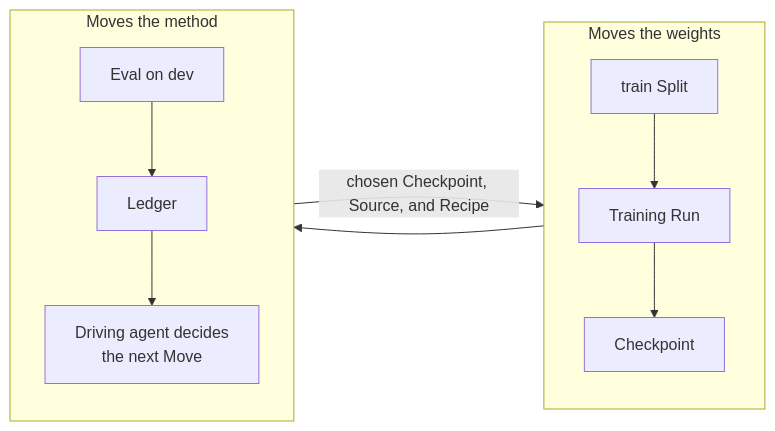
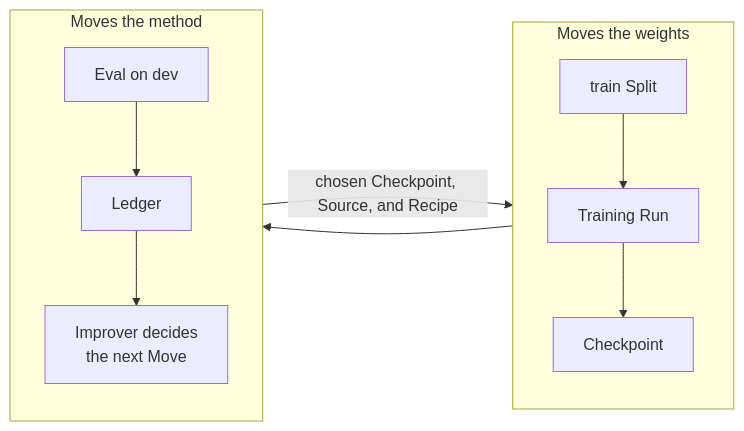
Before and after one commit to Monte-Inc/internal-monte-platform-docs: the first of 2 diagrams in concepts/improvement.mdx, drawn with Mermaid. The commit also changed other lines of this file, not shown here.

````diff
--- a/concepts/improvement.mdx
+++ b/concepts/improvement.mdx
@@ -11,13 +11,13 @@
 ```mermaid actions={false}
 flowchart LR
     subgraph INNER["Moves the weights"]
         direction TB
         TRAIN["train Split"] --> RUN["Training Run"] --> CKPT["Checkpoint"]
     end
     subgraph OUTER["Moves the method"]
         direction TB
-        EVAL["Eval on dev"] --> LEDGER["Ledger"] --> AGENT["Driving agent decides<br/>the next Move"]
+        EVAL["Eval on dev"] --> LEDGER["Ledger"] --> AGENT["Improver decides<br/>the next Move"]
     end
     CKPT --> EVAL
     AGENT -->|"chosen Checkpoint, Source, and Recipe"| RUN
 ```
````
